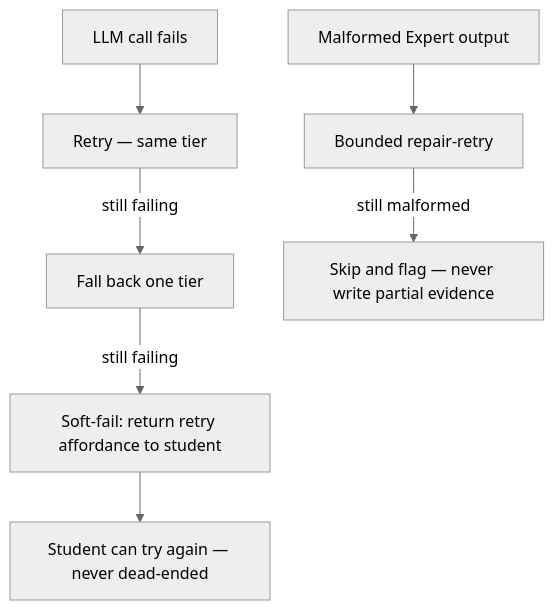
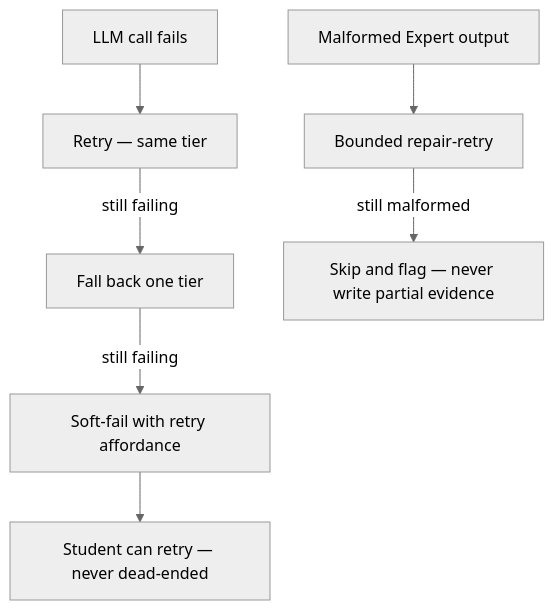
One commit to stemolly/wiki changed the first of 2 diagrams in src/content/docs/engineering/observability.md. Above: the diagram before and after it, drawn with Mermaid (neutral theme). The commit also changed other lines of this file and 21 other files, not shown here.

````diff
--- a/src/content/docs/engineering/observability.md
+++ b/src/content/docs/engineering/observability.md
@@ -121,10 +88,10 @@
 ```mermaid
 flowchart TD
     A["LLM call fails"] --> B["Retry — same tier"]
     B -->|"still failing"| C["Fall back one tier"]
-    C -->|"still failing"| D["Soft-fail: return retry affordance to student"]
-    D --> E["Student can try again — never dead-ended"]
+    C -->|"still failing"| D["Soft-fail with retry affordance"]
+    D --> E["Student can retry — never dead-ended"]
 
     F["Malformed Expert output"] --> G["Bounded repair-retry"]
     G -->|"still malformed"| H["Skip and flag — never write partial evidence"]
 ```
````
